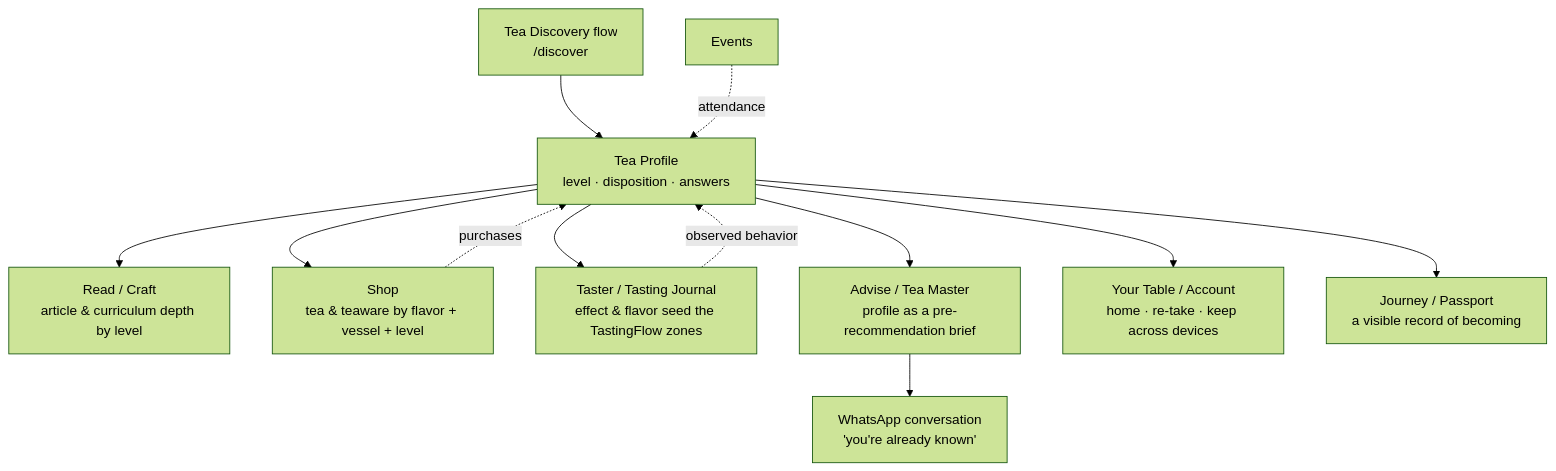
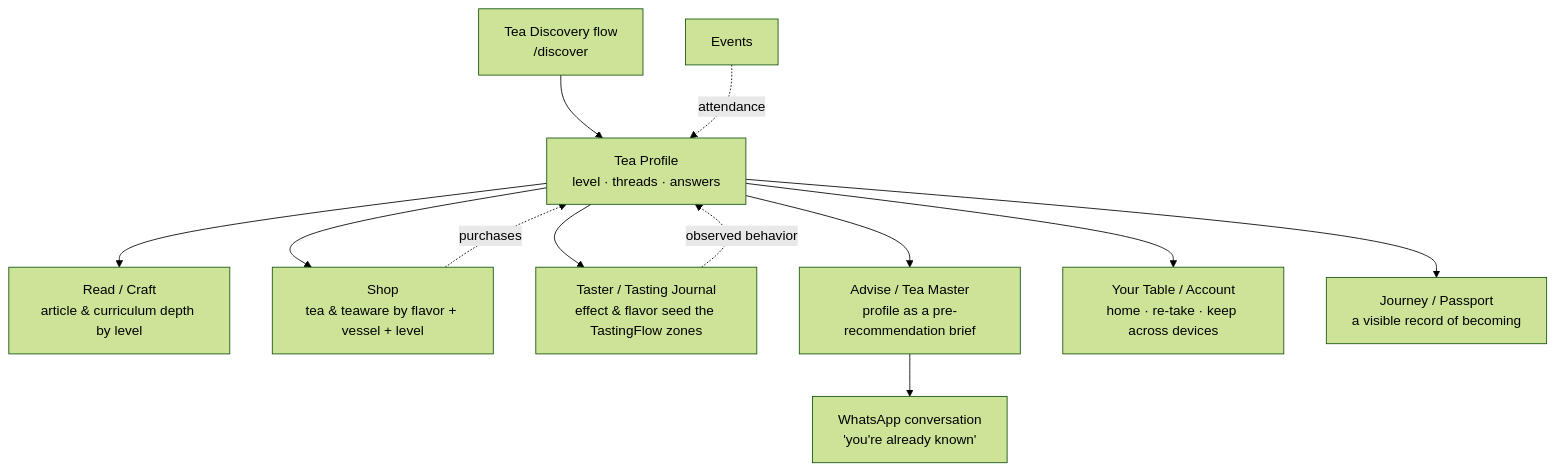
Before and after one commit to storyoftheleaf/teajia: the diagram in docs/TEA_DISCOVERY.md, drawn with Mermaid (forest theme). The commit also changed other lines of this file and 10 other files, not shown here.

First line of the commit message:
Tea Discovery: replace six archetypes with threads + a depth axis

````diff
--- a/docs/TEA_DISCOVERY.md
+++ b/docs/TEA_DISCOVERY.md
@@ -50,17 +72,17 @@
 ```mermaid
 graph TD
-    Q[Tea Discovery flow<br/>/discover] --> P[Tea Profile<br/>level · disposition · answers]
+    Q[Tea Discovery flow<br/>/discover] --> P[Tea Profile<br/>level · threads · answers]
 
     P --> R[Read / Craft<br/>article & curriculum depth by level]
     P --> S[Shop<br/>tea & teaware by flavor + vessel + level]
     P --> T[Taster / Tasting Journal<br/>effect & flavor seed the TastingFlow zones]
     P --> A[Advise / Tea Master<br/>profile as a pre-recommendation brief]
     P --> Y[Your Table / Account<br/>home · re-take · keep across devices]
 
     T -.observed behavior.-> P
     S -.purchases.-> P
     E[Events] -.attendance.-> P
 
     A --> W[WhatsApp conversation<br/>'you're already known']
     P --> J[Journey / Passport<br/>a visible record of becoming]
 ```
````
